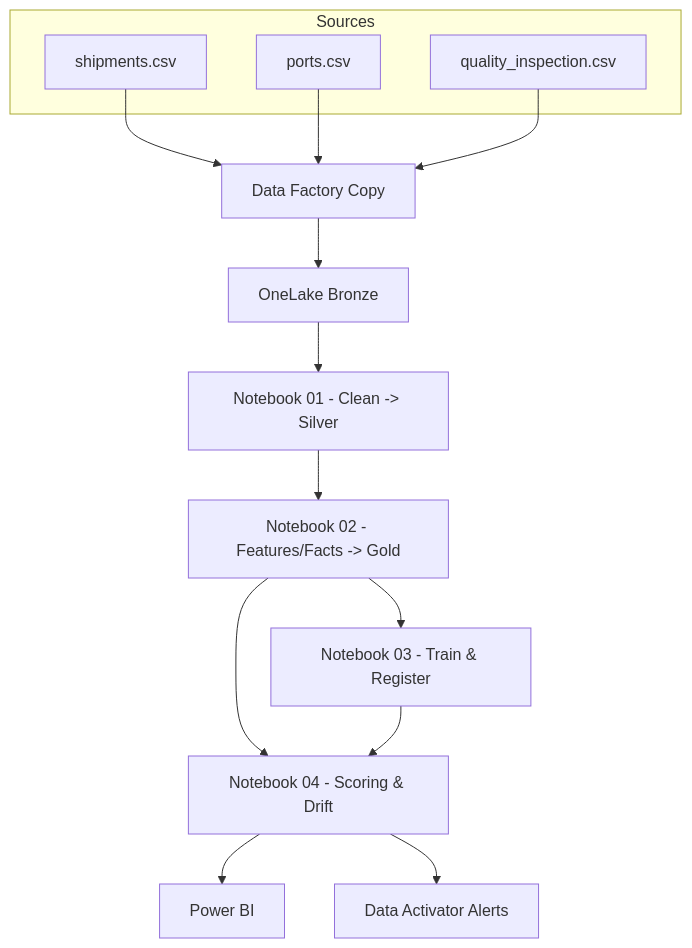
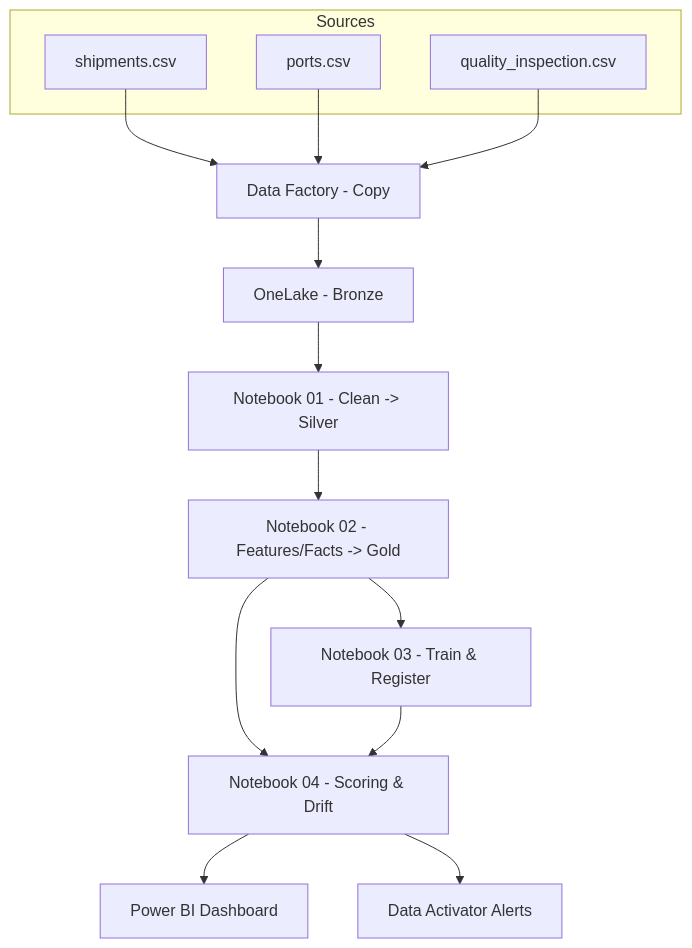
Before and after one commit to thibautmodrin/Supply_Chain_Fabric_MLOPS: the diagram in README.md, drawn with Mermaid. The commit also changed other lines of this file, not shown here.

````diff
--- a/README.md
+++ b/README.md
@@ -19,17 +40,17 @@
 ```mermaid
 flowchart TD
   subgraph Sources
     A[shipments.csv]
     B[ports.csv]
     C[quality_inspection.csv]
   end
-  A & B & C --> E[Data Factory Copy]
-  E --> F[OneLake Bronze]
+  A & B & C --> E[Data Factory - Copy]
+  E --> F[OneLake - Bronze]
   F --> G[Notebook 01 - Clean -> Silver]
   G --> H[Notebook 02 - Features/Facts -> Gold]
   H --> I[Notebook 03 - Train & Register]
   H --> J[Notebook 04 - Scoring & Drift]
   I --> J
-  J --> K[Power BI]
+  J --> K[Power BI Dashboard]
   J --> L[Data Activator Alerts]
 ```
````
